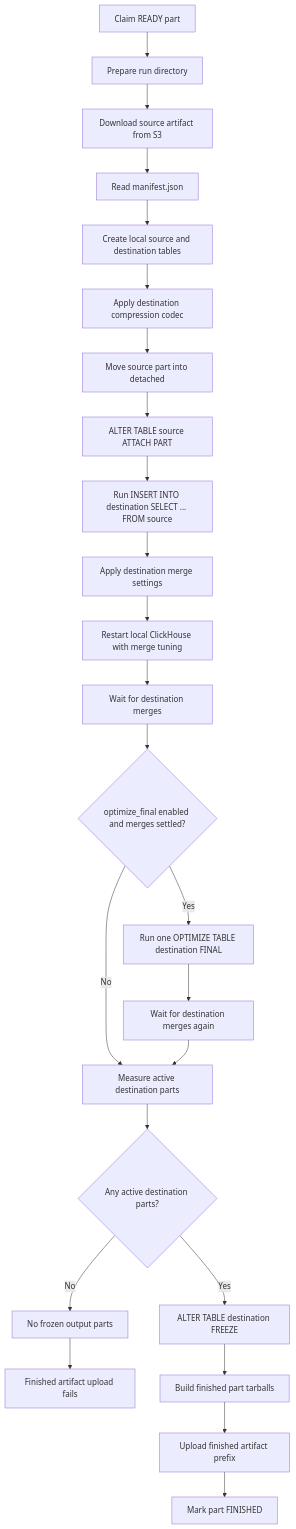
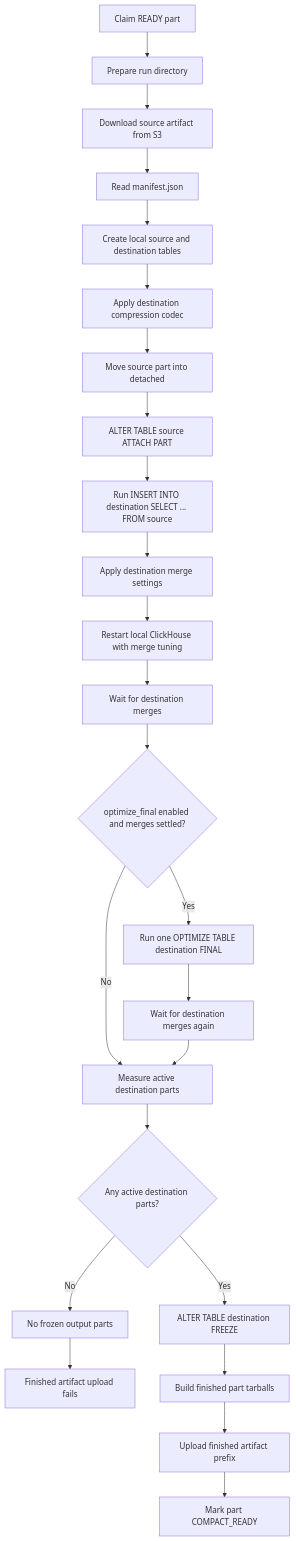
The second of 3 diagrams in docs/rewrite-flow.md (rorylshanks/partforge), drawn with Mermaid before and after one commit. The commit also changed other lines of this file and 12 other files, not shown here.

````diff
--- a/docs/rewrite-flow.md
+++ b/docs/rewrite-flow.md
@@ -31,26 +42,26 @@
 ```mermaid
 graph TD
     A[Claim READY part] --> B[Prepare run directory]
     B --> C[Download source artifact from S3]
     C --> D[Read manifest.json]
     D --> E[Create local source and destination tables]
     E --> F[Apply destination compression codec]
     F --> G[Move source part into detached]
     G --> H[ALTER TABLE source ATTACH PART]
     H --> I[Run INSERT INTO destination SELECT ... FROM source]
     I --> J[Apply destination merge settings]
     J --> K[Restart local ClickHouse with merge tuning]
     K --> L[Wait for destination merges]
     L --> M{optimize_final enabled and merges settled?}
     M -- Yes --> N[Run one OPTIMIZE TABLE destination FINAL]
     N --> O[Wait for destination merges again]
     M -- No --> P[Measure active destination parts]
     O --> P
     P --> Q{Any active destination parts?}
     Q -- No --> R[No frozen output parts]
     R --> W[Finished artifact upload fails]
     Q -- Yes --> S[ALTER TABLE destination FREEZE]
     S --> T[Build finished part tarballs]
     T --> U[Upload finished artifact prefix]
-    U --> V[Mark part FINISHED]
+    U --> V[Mark part COMPACT_READY]
 ```
````
